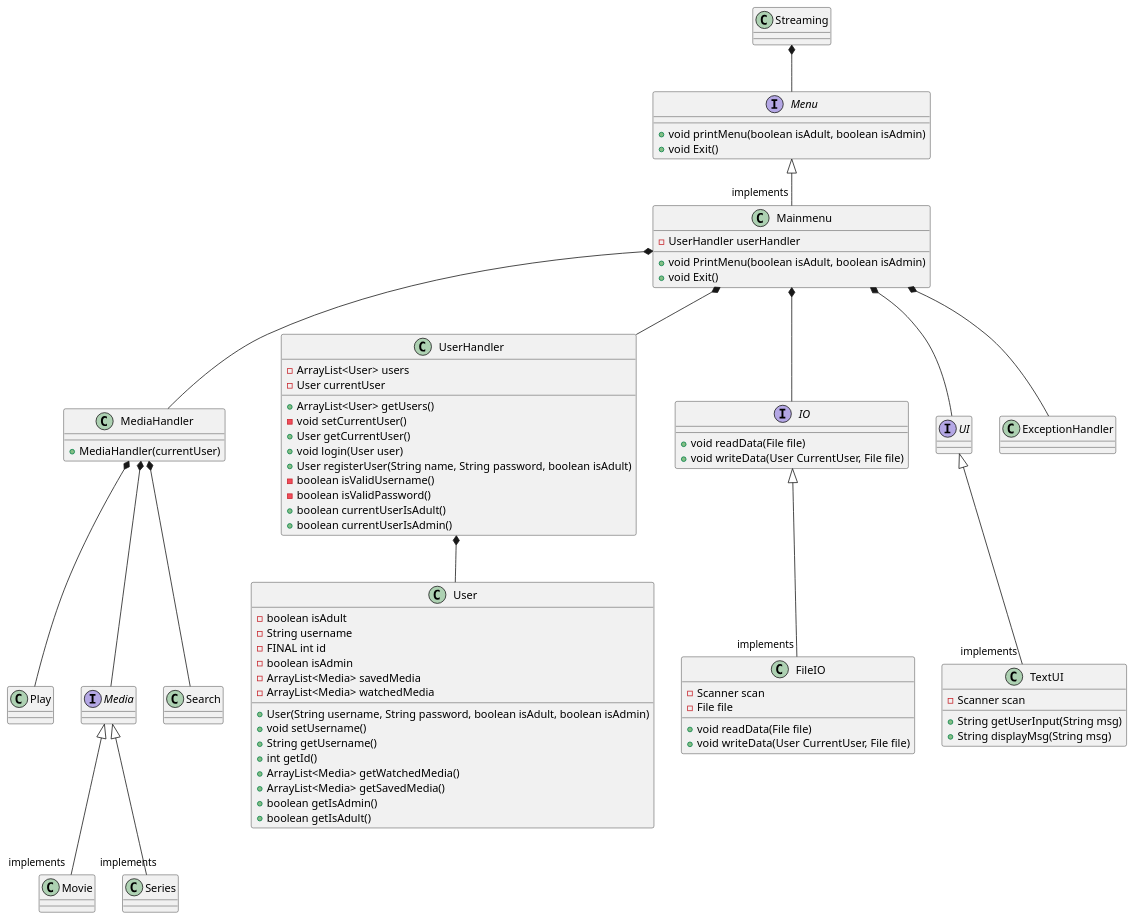
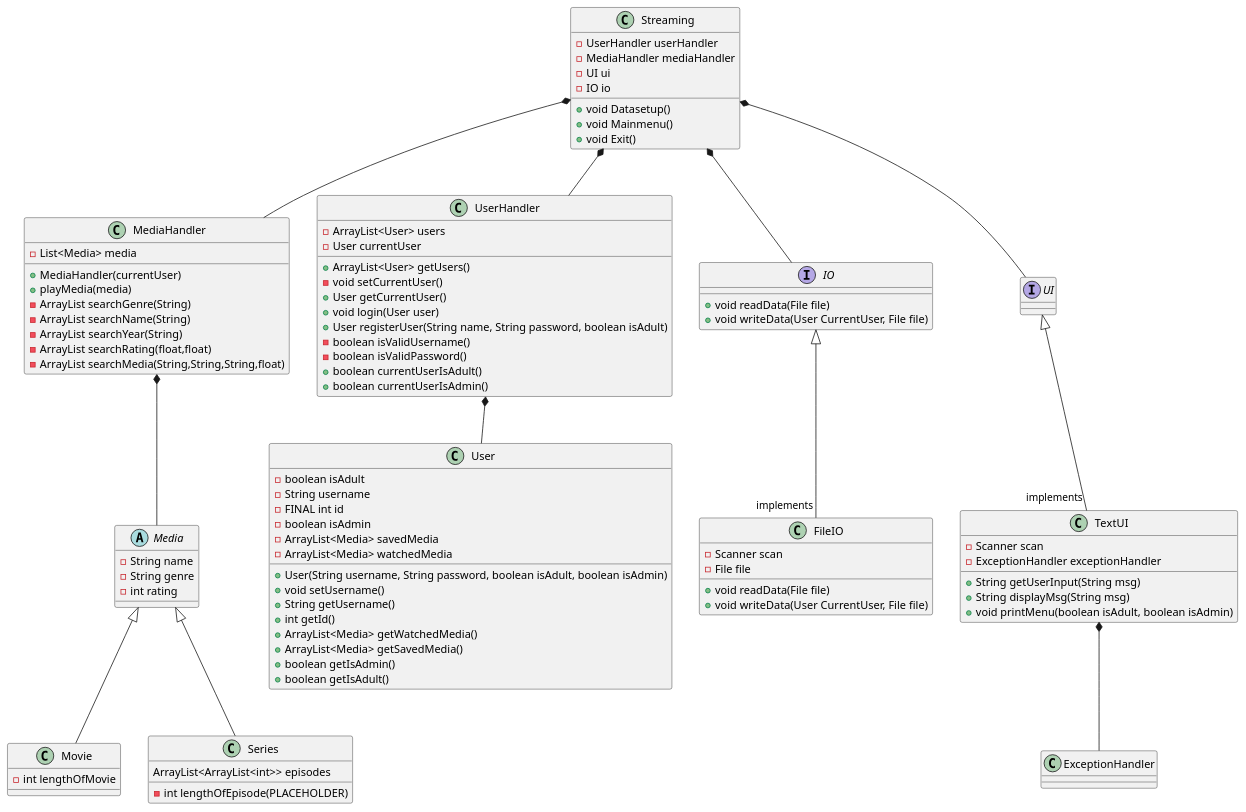
One commit to Ghostz-Games/SP3---Streamingtjeneste---Gruppe-B---2023 changed the diagram in SP3 - Streaming Tjeneste/Documentation/ClassDiagram.puml. Above: the diagram before and after it, drawn with PlantUML.

Commit message:
Did stuff

```diff
--- a/SP3 - Streaming Tjeneste/Documentation/ClassDiagram.puml
+++ b/SP3 - Streaming Tjeneste/Documentation/ClassDiagram.puml
@@ -1,89 +1,104 @@
 @startuml
 'https://plantuml.com/class-diagram
 
 class Streaming
-interface Menu
-class Mainmenu
 class MediaHandler
-class Play
-interface Media
-class Search
+abstract class Media
 class Movie
 class Series
 class UserHandler
 class FileIO
 interface IO
 interface UI
 class TextUI
 class ExceptionHandler
 class User
 
-Streaming *-- Menu
 
-Menu <|-- "implements" Mainmenu
-Mainmenu *-- UserHandler
+
+Streaming *-- UserHandler
 UserHandler *-- User
-Mainmenu *-- MediaHandler
-MediaHandler *-- Play
-MediaHandler *-- Search
+Streaming *-- MediaHandler
 MediaHandler *-- Media
-Media <|-- "implements" Movie
-Media <|-- "implements" Series
+Media <|--  Movie
+Media <|--  Series
 
 IO <|-- "implements" FileIO
 UI <|-- "implements" TextUI
-Mainmenu *-- ExceptionHandler
-Mainmenu *-- IO
-Mainmenu *-- UI
+TextUI *-- ExceptionHandler
+Streaming *-- IO
+Streaming *-- UI
 
 UserHandler : + ArrayList<User> getUsers()
 UserHandler : - void setCurrentUser()
 UserHandler : + User getCurrentUser()
 UserHandler : - ArrayList<User> users
 UserHandler : - User currentUser
 UserHandler : + void login(User user)
 UserHandler : + User registerUser(String name, String password, boolean isAdult)
 UserHandler : - boolean isValidUsername()
 UserHandler : - boolean isValidPassword()
 UserHandler : + boolean currentUserIsAdult()
 UserHandler : + boolean currentUserIsAdmin()
 
 User : - boolean isAdult
 User : - String username
 User : - FINAL int id
 User : - boolean isAdmin
 User : - ArrayList<Media> savedMedia
 User : - ArrayList<Media> watchedMedia
 User : + User(String username, String password, boolean isAdult, boolean isAdmin)
 User : + void setUsername()
 User : + String getUsername()
 User : + int getId()
 User : + ArrayList<Media> getWatchedMedia()
 User : + ArrayList<Media> getSavedMedia()
 User : + boolean getIsAdmin()
 User : + boolean getIsAdult()
 
 MediaHandler : +MediaHandler(currentUser)
+MediaHandler : - List<Media> media
+MediaHandler : + playMedia(media)
 
-
-Menu : + void printMenu(boolean isAdult, boolean isAdmin)
-Menu : + void Exit()
-
-Mainmenu : -UserHandler userHandler
-Mainmenu : + void PrintMenu(boolean isAdult, boolean isAdmin)
-Mainmenu : + void Exit()
+Streaming : -UserHandler userHandler
+Streaming : -MediaHandler mediaHandler
+Streaming : - UI ui
+Streaming : - IO io
+Streaming : + void Datasetup()
+Streaming : + void Mainmenu()
+Streaming : + void Exit()
 
 TextUI : - Scanner scan
 TextUI : + String getUserInput(String msg)
 TextUI : + String displayMsg(String msg)
+TextUI : + void printMenu(boolean isAdult, boolean isAdmin)
+TextUI : - ExceptionHandler exceptionHandler
+
 
 IO : + void readData(File file)
 IO : + void writeData(User CurrentUser, File file)
 
 FileIO : - Scanner scan
 FileIO : - File file
 FileIO : + void readData(File file)
 FileIO : + void writeData(User CurrentUser, File file)
 
+MediaHandler : - ArrayList searchGenre(String)
+MediaHandler : - ArrayList searchName(String)
+MediaHandler : - ArrayList searchYear(String)
+MediaHandler : - ArrayList searchRating(float,float)
+MediaHandler : - ArrayList searchMedia(String,String,String,float)
+
+Media : - String name
+Media : - String genre
+Media : - int rating
+
+Series : ArrayList<ArrayList<int>> episodes
+
+Movie : - int lengthOfMovie
+
+Series : - int lengthOfEpisode(PLACEHOLDER)
+
+
 
 @enduml
```
